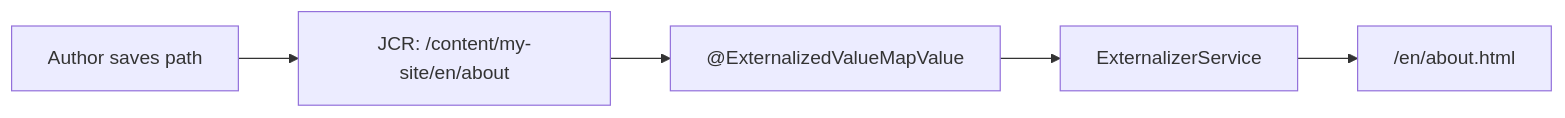
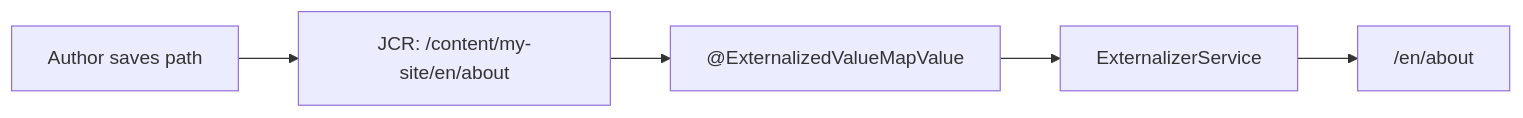
The diagram in docs/aem/components/annotations/externalized-value-map-value.mdx (LucaNerlich/lucanerlich.com), drawn with Mermaid before and after one commit. The commit also changed other lines of this file, not shown here.

````diff
--- a/docs/aem/components/annotations/externalized-value-map-value.mdx
+++ b/docs/aem/components/annotations/externalized-value-map-value.mdx
@@ -27,13 +27,13 @@
 ```mermaid
 graph LR
     Author["Author saves path"]
     JCR["JCR: /content/my-site/en/about"]
     Injector["@ExternalizedValueMapValue"]
     ExtService["ExternalizerService"]
-    Output["/en/about.html"]
+    Output["/en/about"]
 
     Author --> JCR
     JCR --> Injector
     Injector --> ExtService
     ExtService --> Output
 ```
````
